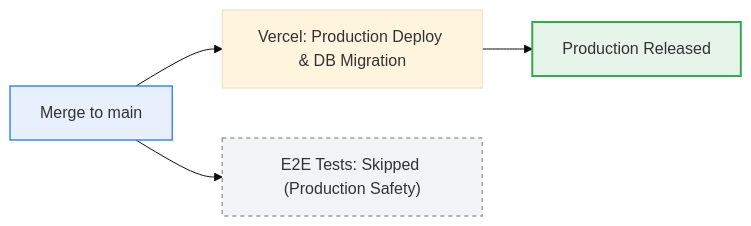
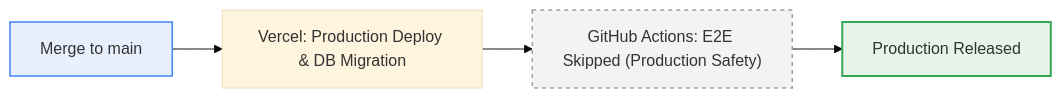
The second of 2 diagrams in README.md (asaborian/material-request), drawn with Mermaid (base theme) before and after one commit. The commit also changed other lines of this file, not shown here.

````diff
--- a/README.md
+++ b/README.md
@@ -71,11 +68,10 @@
 ```mermaid
 flowchart LR
     classDef main fill:#e8f0fe,stroke:#4285f4,stroke-width:1.5px;
     classDef success fill:#e6f4ea,stroke:#34a853,stroke-width:2px;
     classDef skip fill:#f1f3f4,stroke:#9aa0a6,stroke-width:1.5px,stroke-dasharray: 4 4;
 
     MERGE["Merge to main"]:::main --> VERCEL["Vercel: Production Deploy & DB Migration"]
-    MERGE --> SKIP["E2E Tests: Skipped (Production Safety)"]:::skip
-
-    VERCEL --> RELEASE["Production Released"]:::success
+    VERCEL --> SKIP["GitHub Actions: E2E Skipped (Production Safety)"]:::skip
+    SKIP --> RELEASE["Production Released"]:::success
 ```
````
